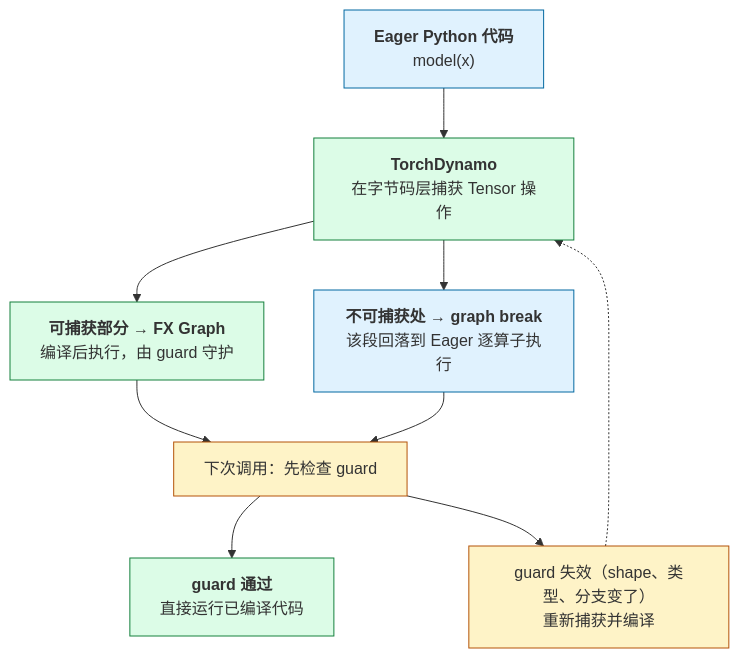
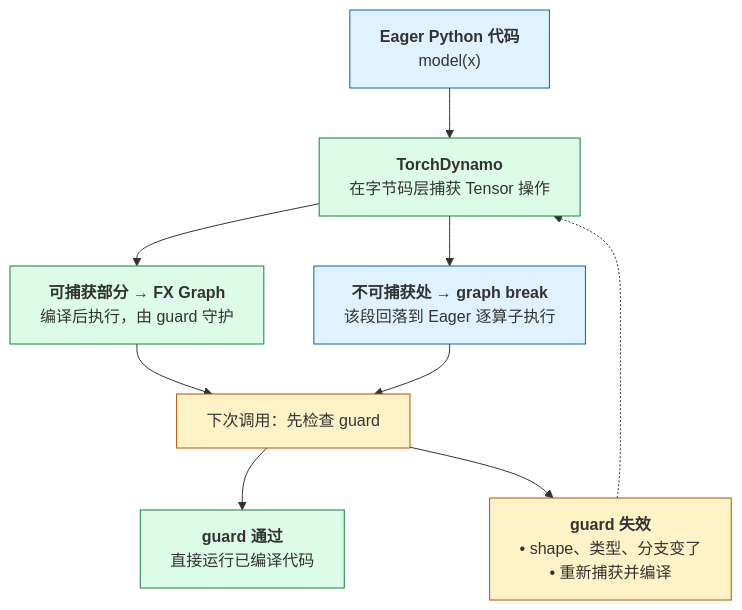
Before and after one commit to arganzheng/arganzheng.github.com: the sixth of 6 diagrams in _posts/2026-02-17-pytorch-overall-introduction.md, drawn with Mermaid. The commit also changed other lines of this file and 9 other files, not shown here.

First line of the commit message:
PyTorch 系列其余 9 篇：流程图方框改成「标题 + 列表」

````diff
--- a/_posts/2026-02-17-pytorch-overall-introduction.md
+++ b/_posts/2026-02-17-pytorch-overall-introduction.md
@@ -1167,27 +1170,28 @@
 ```mermaid
+%%{init: {"flowchart": {"wrappingWidth": 440}}}%%
 %% 图：torch.compile 的骨架：Dynamo 捕获成 FX Graph，捕获不了的地方 graph break，下次调用先查 guard
 flowchart TB
     EAGER["<b>Eager Python 代码</b><br/>model(x)"]
     DYN["<b>TorchDynamo</b><br/>在字节码层捕获 Tensor 操作"]
     FX["<b>可捕获部分 → FX Graph</b><br/>编译后执行，由 guard 守护"]
     BRK["<b>不可捕获处 → graph break</b><br/>该段回落到 Eager 逐算子执行"]
     NEXT["下次调用：先检查 guard"]
     HIT["<b>guard 通过</b><br/>直接运行已编译代码"]
-    MISS["guard 失效（shape、类型、分支变了）<br/>重新捕获并编译"]
+    MISS["<b>guard 失效</b><br/>• shape、类型、分支变了<br/>• 重新捕获并编译"]
 
     EAGER --> DYN
     DYN --> FX
     DYN --> BRK
     FX --> NEXT
     BRK --> NEXT
     NEXT --> HIT
     NEXT --> MISS
     MISS -.-> DYN
 
     classDef eager fill:#e0f2fe,stroke:#0369a1;
     classDef comp fill:#dcfce7,stroke:#15803d;
     classDef warn fill:#fef3c7,stroke:#b45309;
     class EAGER,BRK eager;
     class DYN,FX,HIT comp;
     class NEXT,MISS warn;
 ```
````
